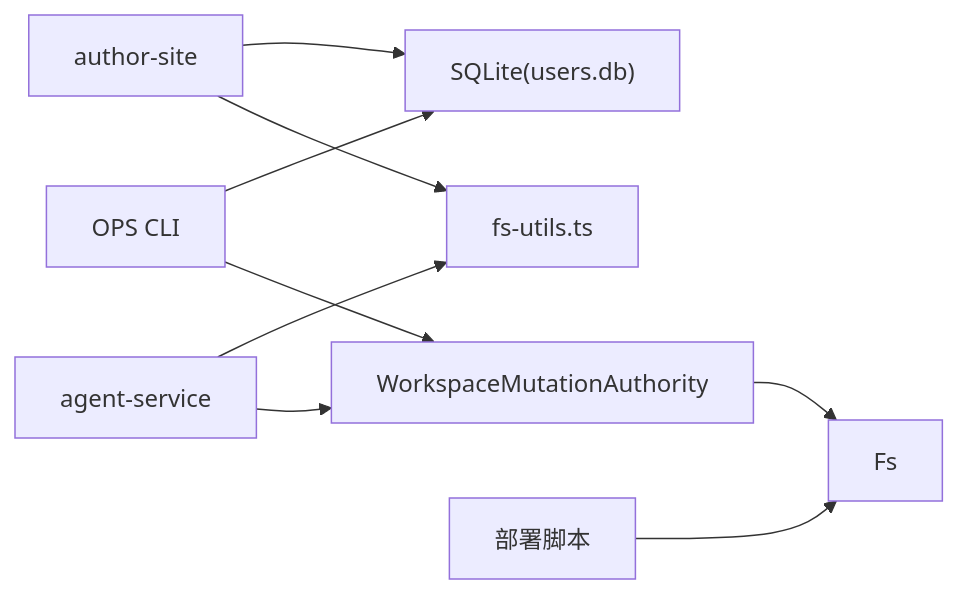
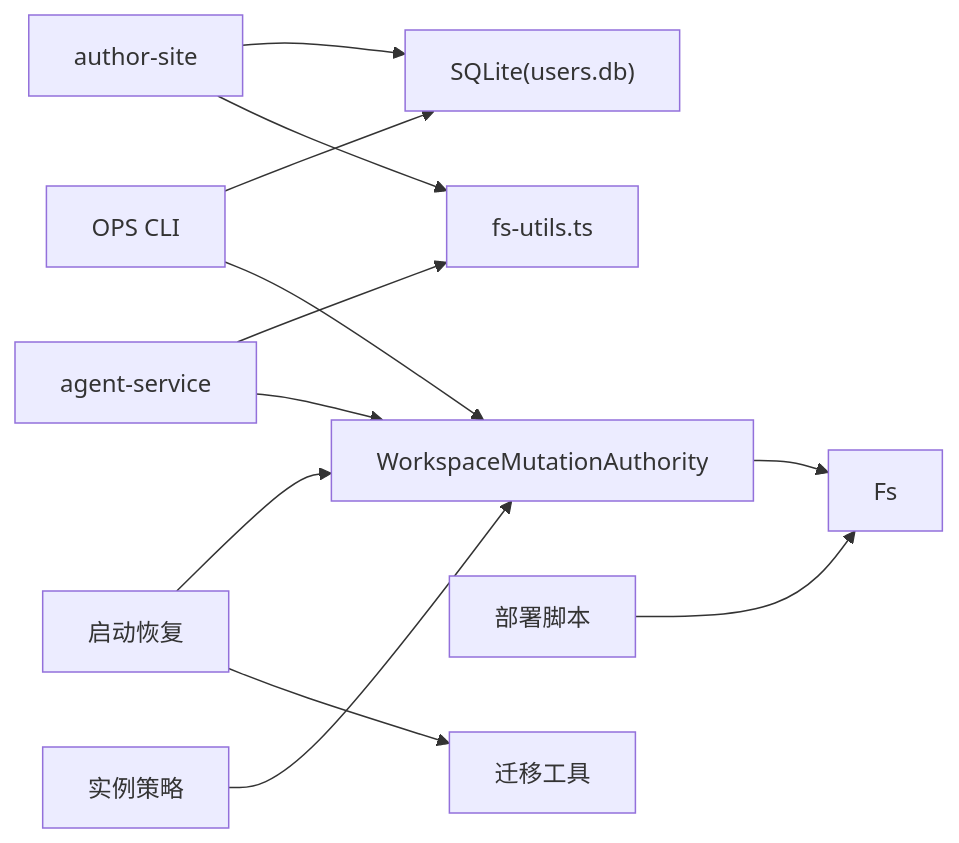
Before and after one commit to qihaogithub/workbench: the tenth of 10 diagrams in .qoder/repowiki/zh/content/架构设计/数据架构/数据架构.md, drawn with Mermaid. The commit also changed other lines of this file and 448 other files, not shown here.

````diff
--- a/.qoder/repowiki/zh/content/架构设计/数据架构/数据架构.md
+++ b/.qoder/repowiki/zh/content/架构设计/数据架构/数据架构.md
@@ -353,11 +502,14 @@
 ```mermaid
 graph LR
 AuthorSite["author-site"] --> SQLite["SQLite(users.db)"]
 AuthorSite --> FsUtils["fs-utils.ts"]
 AgentService["agent-service"] --> FsUtils
 AgentService --> Authority["WorkspaceMutationAuthority"]
 Authority --> Fs
 OpsCli["OPS CLI"] --> SQLite
 OpsCli --> Authority
 Deploy["部署脚本"] --> Fs
+StartupRecovery["启动恢复"] --> Authority
+StartupRecovery --> Migration["迁移工具"]
+InstancePolicy["实例策略"] --> Authority
 ```
````
